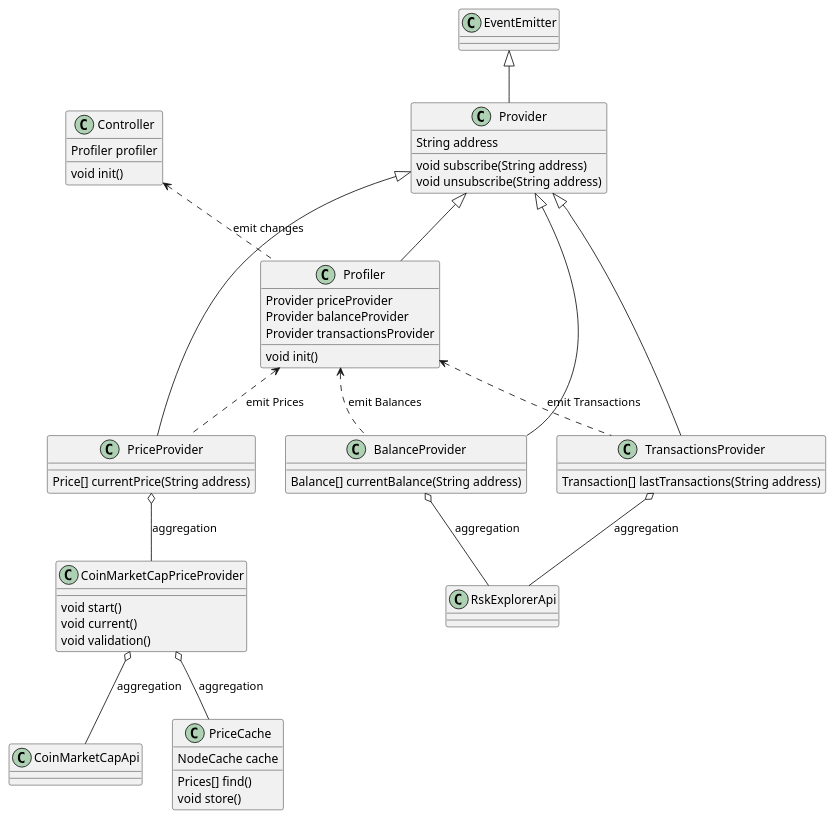
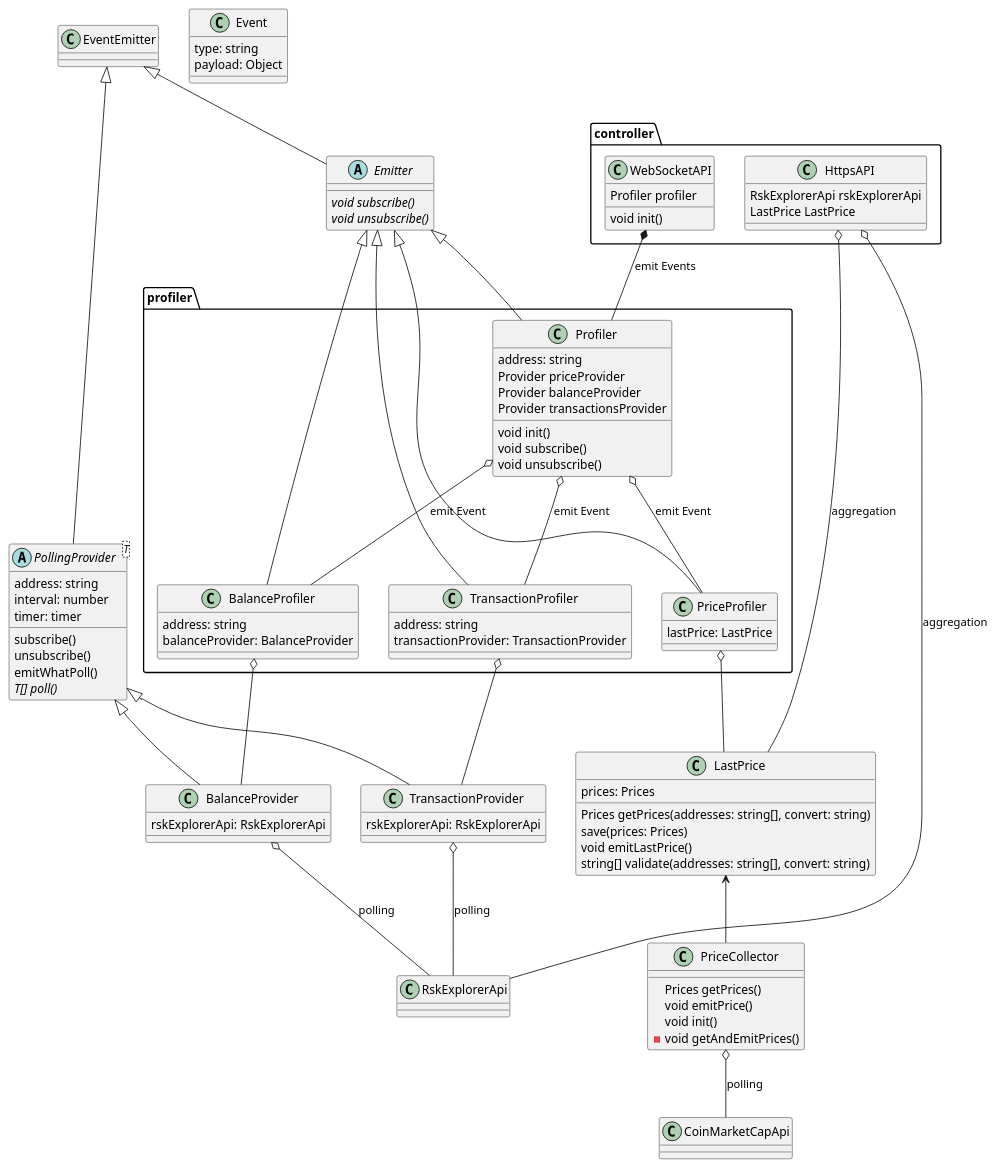
The diagram in docs/class_diagram.puml (rsksmart/rif-wallet-services), drawn with PlantUML before and after one commit. The commit also changed 3 other files, not shown here.

```diff
--- a/docs/class_diagram.puml
+++ b/docs/class_diagram.puml
@@ -1,67 +1,104 @@
 @startuml
-class Controller {
+class controller.WebSocketAPI {
     Profiler profiler
     void init()
 }
 
-class Profiler {
-    Provider priceProvider
-    Provider balanceProvider
-    Provider transactionsProvider
-    void init()
+class controller.HttpsAPI {
+  RskExplorerApi rskExplorerApi
+  LastPrice LastPrice
 }
 
-class Provider {
-    String address
-    void subscribe(String address)
-    void unsubscribe(String address)
+class PriceCollector {
+  Prices getPrices()
+  void emitPrice()
+  void init()
+  - void getAndEmitPrices()
 }
 
-class PriceProvider {
-    Price[] currentPrice(String address)
+class LastPrice {
+  prices: Prices
+  Prices getPrices(addresses: string[], convert: string)
+  save(prices: Prices)
+  void emitLastPrice()
+  string[] validate(addresses: string[], convert: string)
 }
-class BalanceProvider {
-    Balance[] currentBalance(String address)
+
+abstract class PollingProvider<T> extends EventEmitter {
+  address: string
+  interval: number
+  timer: timer
+  subscribe()
+  unsubscribe()
+  emitWhatPoll()
+  {abstract} T[] poll()
 }
-class TransactionsProvider {
-    Transaction[] lastTransactions(String address)
+
+class profiler.Profiler extends Emitter{
+  address: string
+  Provider priceProvider
+  Provider balanceProvider
+  Provider transactionsProvider
+  void init()
+  void subscribe()
+  void unsubscribe()
+}
+
+abstract class Emitter extends EventEmitter {
+  {abstract} void subscribe()
+  {abstract} void unsubscribe()
+}
+
+class Event {
+  type: string
+  payload: Object
+}
+
+class BalanceProvider extends PollingProvider {
+  rskExplorerApi: RskExplorerApi
+}
+
+class profiler.BalanceProfiler extends Emitter {
+  address: string
+  balanceProvider: BalanceProvider
+}
+
+class TransactionProvider extends PollingProvider {
+  rskExplorerApi: RskExplorerApi
+}
+
+class profiler.TransactionProfiler extends Emitter {
+  address: string
+  transactionProvider: TransactionProvider
+}
+
+class profiler.PriceProfiler extends Emitter {
+  lastPrice: LastPrice
 }
 
 class RskExplorerApi {
 
 }
 
-class CoinMarketCapPriceProvider {
-    void start() 
-    void current()
-    void validation()
-}
-
 class CoinMarketCapApi {
 
 }
 
-class PriceCache {
-    NodeCache cache
-    Prices[] find()
-    void store() 
-}
 class EventEmitter {
 
 }
 
-EventEmitter <|-- Provider
-Provider <|-- Profiler
-Profiler <.. PriceProvider : emit Prices
-Profiler <.. BalanceProvider : emit Balances
-Profiler <.. TransactionsProvider : emit Transactions
-Controller <.. Profiler : emit changes
-Provider <|-- PriceProvider
-Provider <|-- BalanceProvider
-Provider <|-- TransactionsProvider
-PriceProvider o-- CoinMarketCapPriceProvider : aggregation
-CoinMarketCapPriceProvider o-- PriceCache : aggregation
-CoinMarketCapPriceProvider o-- CoinMarketCapApi : aggregation
-BalanceProvider o-- RskExplorerApi : aggregation
-TransactionsProvider o-- RskExplorerApi : aggregation
+profiler.Profiler o-- profiler.PriceProfiler : emit Event
+profiler.Profiler o-- profiler.BalanceProfiler : emit Event
+profiler.Profiler o-- profiler.TransactionProfiler : emit Event
+profiler.BalanceProfiler o-- BalanceProvider
+profiler.TransactionProfiler o-- TransactionProvider
+profiler.PriceProfiler o-- LastPrice
+BalanceProvider o-- RskExplorerApi : polling
+TransactionProvider o-- RskExplorerApi : polling
+controller.WebSocketAPI *-- profiler.Profiler : emit Events
+controller.HttpsAPI o-- RskExplorerApi : aggregation
+controller.HttpsAPI o-- LastPrice : aggregation
+PriceCollector o-- CoinMarketCapApi : polling
+LastPrice <-- PriceCollector
 @enduml 
```
